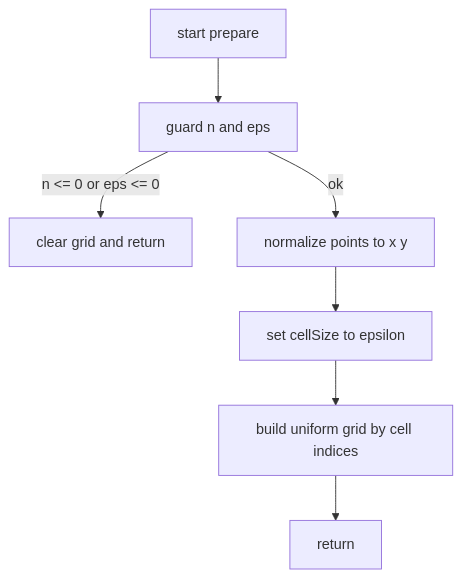
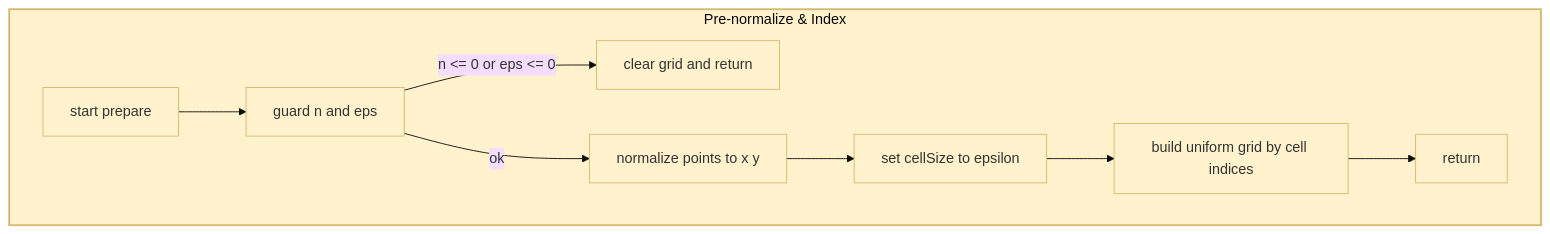
One commit to Gh0st352/AETHR changed the fifth of 12 diagrams in docs/ai/dbscan.md. Above: the diagram before and after it, drawn with Mermaid. The commit also changed other lines of this file and 2 other files, not shown here.

Commit message:
docs: enhance diagrams in README, data_structures, and dbscan with subgraphs, improved styles, and readability adjustments

````diff
--- a/docs/ai/dbscan.md
+++ b/docs/ai/dbscan.md
@@ -60,9 +103,19 @@
 ```mermaid
-flowchart TD
-  P0[start prepare] --> P1[guard n and eps]
-  P1 -->|n <= 0 or eps <= 0| P2[clear grid and return]
-  P1 -->|ok| P3[normalize points to x y]
-  P3 --> P4[set cellSize to epsilon]
-  P4 --> P5[build uniform grid by cell indices]
-  P5 --> P6[return]
+%%{init: {"theme":"base"}}%%
+flowchart TB
+  subgraph PREP2 [Pre-normalize & Index]
+    style PREP2 fill:#fff2cc,stroke:#d4b86f,stroke-width:2px
+    P0[start prepare]
+    P1[guard n and eps]
+    P2[clear grid and return]
+    P3[normalize points to x y]
+    P4[set cellSize to epsilon]
+    P5[build uniform grid by cell indices]
+    P6[return]
+    P0 --> P1
+    P1 -->|n <= 0 or eps <= 0| P2
+    P1 -->|ok| P3 --> P4 --> P5 --> P6
+  end
+  classDef prep2 fill:#fff2cc,stroke:#d4b86f
+  class P0,P1,P2,P3,P4,P5,P6 prep2
 ```
````
